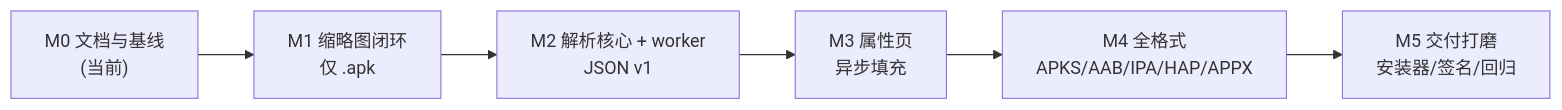
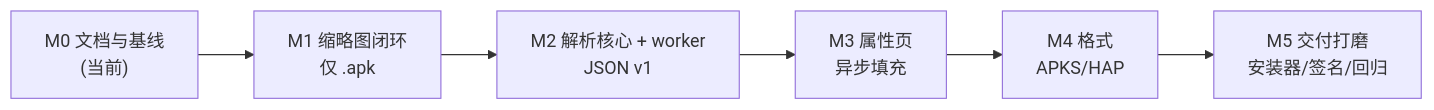
One commit to MWTJC/apk-shell-ext changed the diagram in docs/roadmap.md. Above: the diagram before and after it, drawn with Mermaid. The commit also changed other lines of this file and 8 other files, not shown here.

````diff
--- a/docs/roadmap.md
+++ b/docs/roadmap.md
@@ -9,8 +9,8 @@
 ```mermaid
 flowchart LR
     M0["M0 文档与基线<br/>(当前)"] --> M1["M1 缩略图闭环<br/>仅 .apk"]
     M1 --> M2["M2 解析核心 + worker<br/>JSON v1"]
     M2 --> M3["M3 属性页<br/>异步填充"]
-    M3 --> M4["M4 全格式<br/>APKS/AAB/IPA/HAP/APPX"]
+    M3 --> M4["M4 格式<br/>APKS/HAP"]
     M4 --> M5["M5 交付打磨<br/>安装器/签名/回归"]
 ```
````
